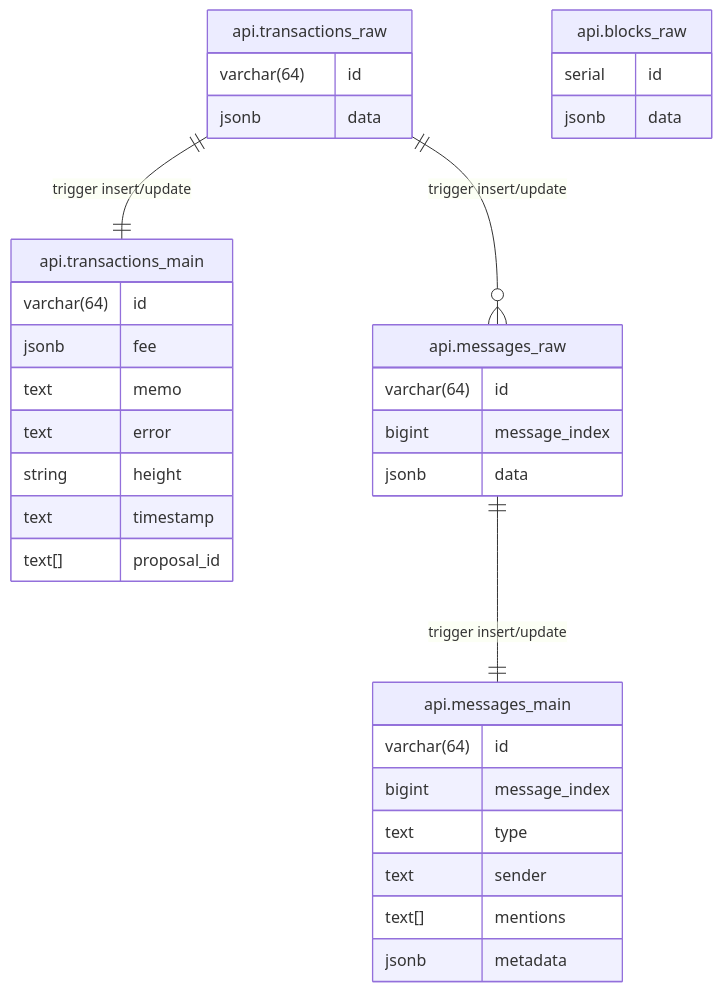
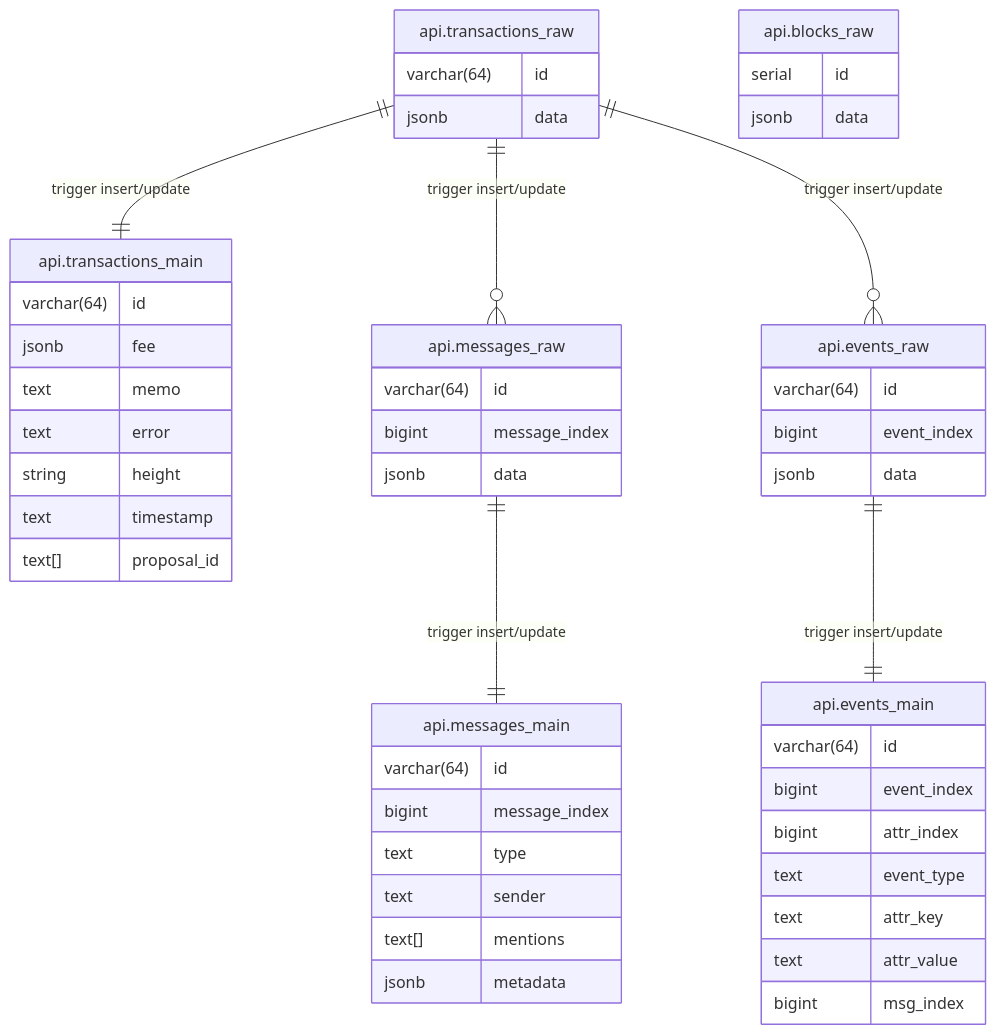
The diagram in README.md (manifest-network/yaci), drawn with Mermaid before and after one commit. The commit also changed 11 other files, not shown here.

````diff
--- a/README.md
+++ b/README.md
@@ -91,36 +91,52 @@
 ```mermaid
 erDiagram
   "api.transactions_main" {
     varchar(64) id
     jsonb fee
     text memo
     text error
     string height
     text timestamp
     text[] proposal_id
   }
   "api.messages_raw" {
     varchar(64) id
     bigint message_index
     jsonb data
   }
   "api.messages_main" {
     varchar(64) id
     bigint message_index
     text type
     text sender
     text[] mentions
     jsonb metadata
   }
   "api.transactions_raw" {
     varchar(64) id
     jsonb data
   }
   "api.transactions_raw" ||--|| "api.transactions_main" : "trigger insert/update"
   "api.transactions_raw" ||--o{ "api.messages_raw": "trigger insert/update"
   "api.messages_raw" ||--|| "api.messages_main" : "trigger insert/update"
   "api.blocks_raw" {
     serial id
     jsonb data
   }
+  "api.events_raw" {
+    varchar(64) id
+    bigint event_index
+    jsonb data
+  }
+  "api.events_main" {
+    varchar(64) id
+    bigint event_index
+    bigint attr_index
+    text event_type
+    text attr_key
+    text attr_value
+    bigint msg_index
+  }
+  "api.transactions_raw" ||--o{ "api.events_raw": "trigger insert/update"
+  "api.events_raw" ||--|| "api.events_main" : "trigger insert/update"
 ```
````
